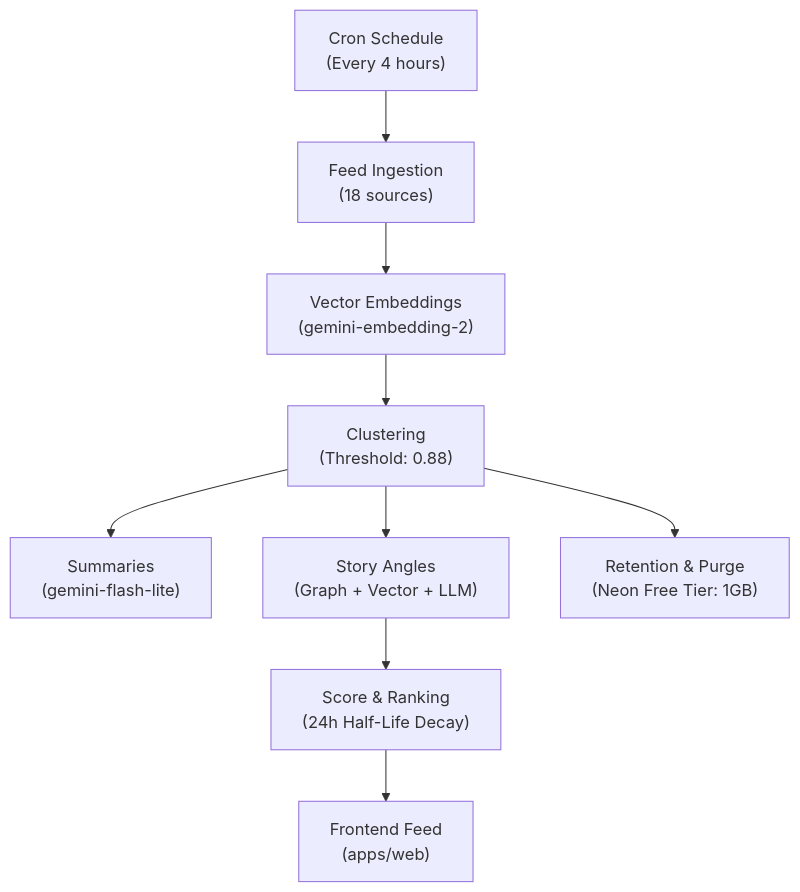
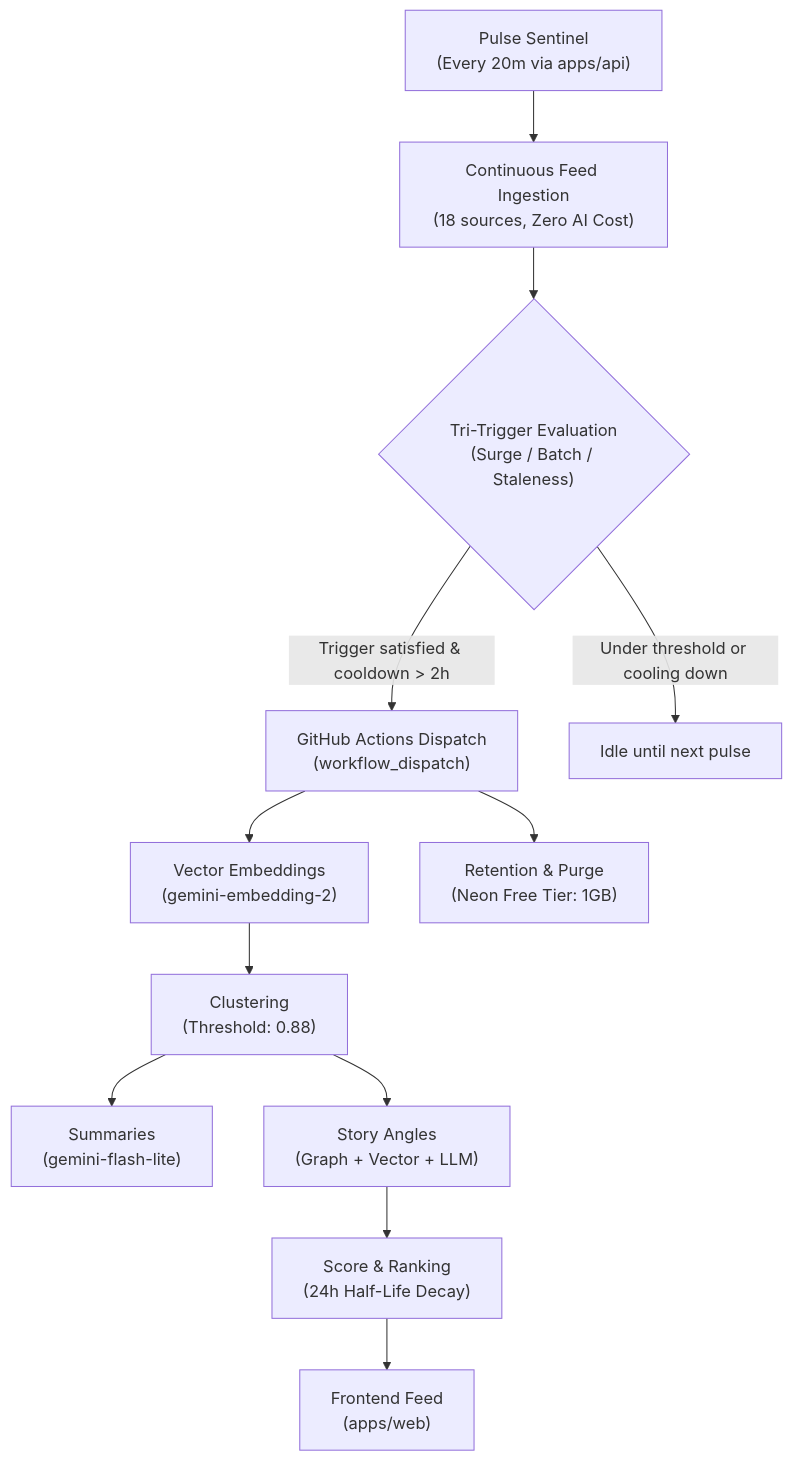
Before and after one commit to cobacious/neus: the first of 2 diagrams in docs/architecture/pipeline.md, drawn with Mermaid. The commit also changed other lines of this file, not shown here.

Commit message:
docs(architecture): update pipeline reference for decoupled pulse sentinel

````diff
--- a/docs/architecture/pipeline.md
+++ b/docs/architecture/pipeline.md
@@ -36,11 +36,14 @@
 ```mermaid
 flowchart TD
-    Cron["Cron Schedule<br/>(Every 4 hours)"] --> Ingest["Feed Ingestion<br/>(18 sources)"]
-    Ingest --> Embed["Vector Embeddings<br/>(gemini-embedding-2)"]
+    Pulse["Pulse Sentinel<br/>(Every 20m via apps/api)"] --> Ingest["Continuous Feed Ingestion<br/>(18 sources, Zero AI Cost)"]
+    Ingest --> Trigger{"Tri-Trigger Evaluation<br/>(Surge / Batch / Staleness)"}
+    Trigger -- "Trigger satisfied & cooldown > 2h" --> Actions["GitHub Actions Dispatch<br/>(workflow_dispatch)"]
+    Trigger -- "Under threshold or cooling down" --> Idle["Idle until next pulse"]
+    Actions --> Embed["Vector Embeddings<br/>(gemini-embedding-2)"]
     Embed --> Cluster["Clustering<br/>(Threshold: 0.88)"]
     Cluster --> Summarise["Summaries<br/>(gemini-flash-lite)"]
     Cluster --> Organize["Story Angles<br/>(Graph + Vector + LLM)"]
     Organize --> Score["Score & Ranking<br/>(24h Half-Life Decay)"]
     Score --> Web["Frontend Feed<br/>(apps/web)"]
-    Cluster --> Retention["Retention & Purge<br/>(Neon Free Tier: 1GB)"]
+    Actions --> Retention["Retention & Purge<br/>(Neon Free Tier: 1GB)"]
 ```
````
